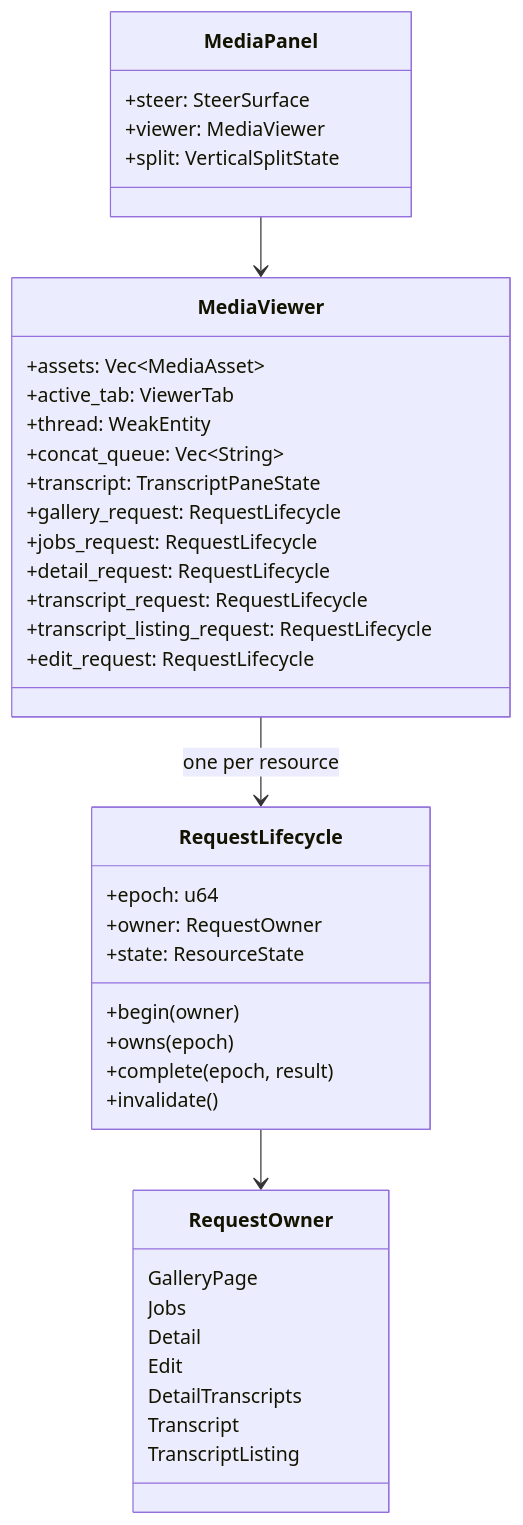
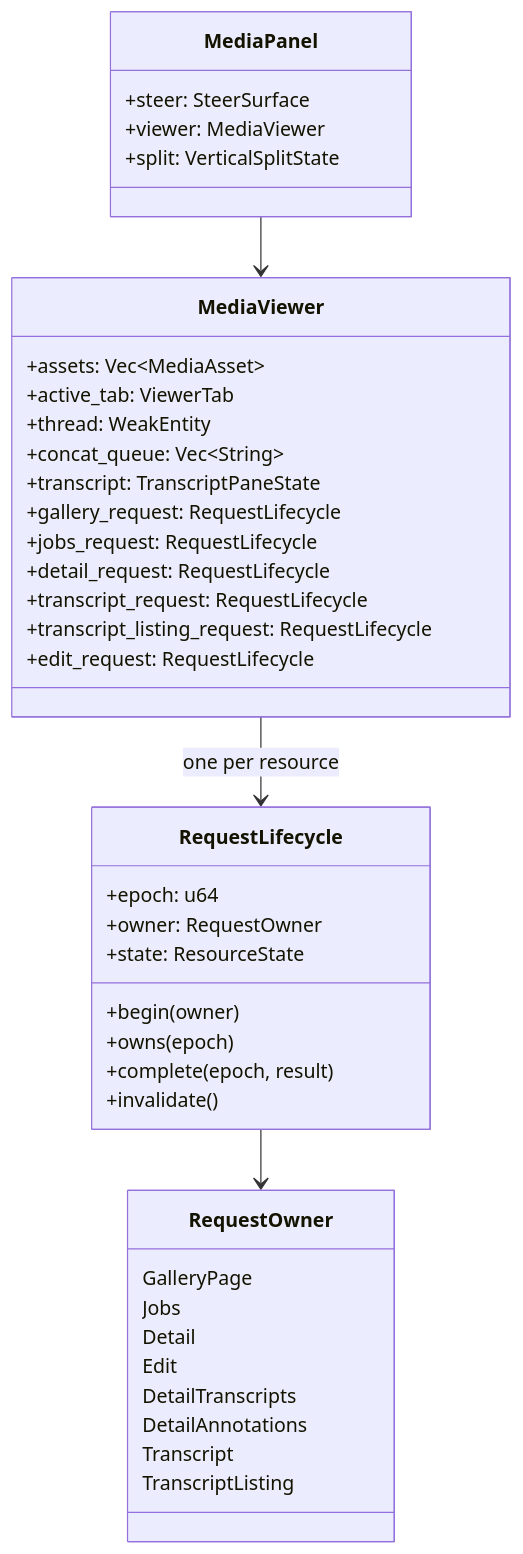
One commit to mdz-axo/zed-kask changed the first of 2 diagrams in kask/docs/diataxis/media_panel/reference.md. Above: the diagram before and after it, drawn with Mermaid. The commit also changed other lines of this file and 2 other files, not shown here.

````diff
--- a/kask/docs/diataxis/media_panel/reference.md
+++ b/kask/docs/diataxis/media_panel/reference.md
@@ -62,42 +67,43 @@
 ```mermaid
 classDiagram
     class MediaPanel {
         +steer: SteerSurface
         +viewer: MediaViewer
         +split: VerticalSplitState
     }
     class MediaViewer {
         +assets: Vec~MediaAsset~
         +active_tab: ViewerTab
         +thread: WeakEntity
         +concat_queue: Vec~String~
         +transcript: TranscriptPaneState
         +gallery_request: RequestLifecycle
         +jobs_request: RequestLifecycle
         +detail_request: RequestLifecycle
         +transcript_request: RequestLifecycle
         +transcript_listing_request: RequestLifecycle
         +edit_request: RequestLifecycle
     }
     class RequestLifecycle {
         +epoch: u64
         +owner: RequestOwner
         +state: ResourceState
         +begin(owner)
         +owns(epoch)
         +complete(epoch, result)
         +invalidate()
     }
     class RequestOwner {
         GalleryPage
         Jobs
         Detail
         Edit
         DetailTranscripts
+        DetailAnnotations
         Transcript
         TranscriptListing
     }
     MediaPanel --> MediaViewer
     MediaViewer --> RequestLifecycle : one per resource
     RequestLifecycle --> RequestOwner
 ```
````
